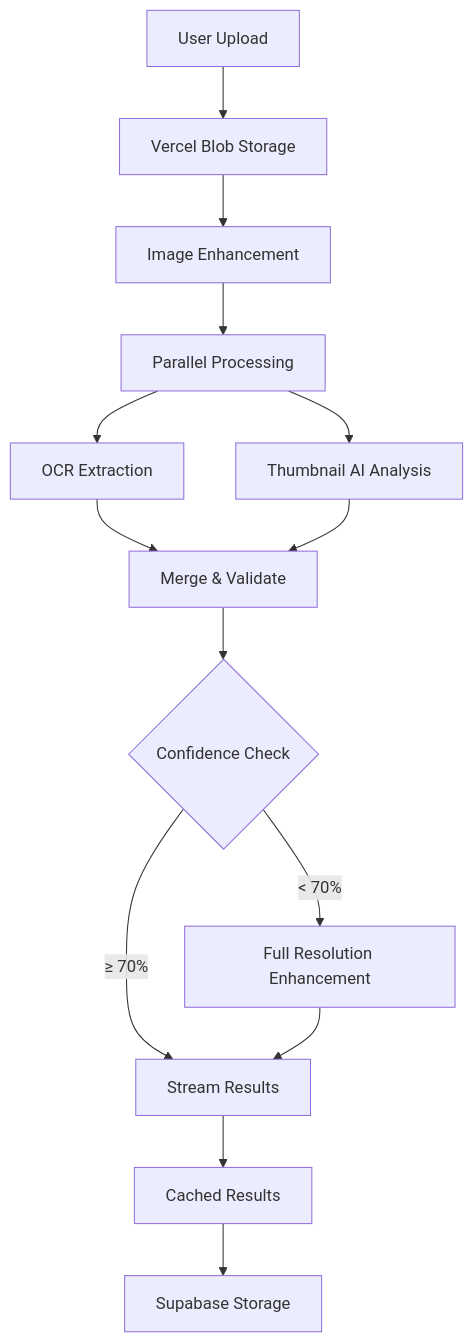
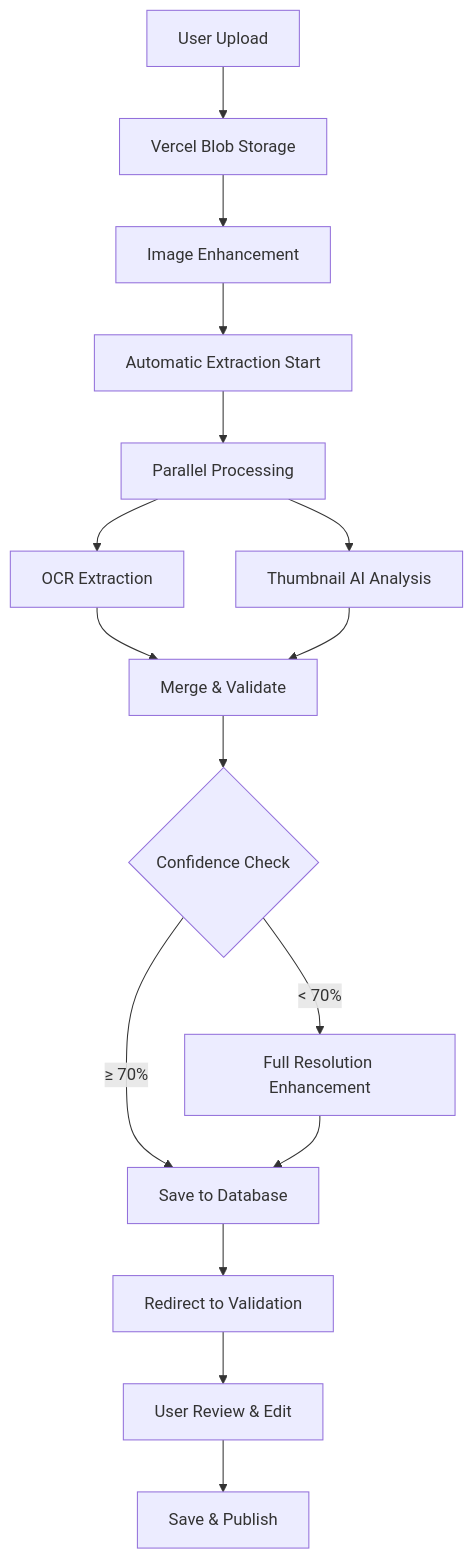
The diagram in docs/development/menuExtract/menuExtract.md (Remedy92/Culi), drawn with Mermaid before and after one commit. The commit also changed other lines of this file and 14 other files, not shown here.

````diff
--- a/docs/development/menuExtract/menuExtract.md
+++ b/docs/development/menuExtract/menuExtract.md
@@ -64,16 +141,18 @@
 ```mermaid
 graph TD
     A[User Upload] --> B[Vercel Blob Storage]
     B --> C[Image Enhancement]
-    C --> D[Parallel Processing]
-    D --> E[OCR Extraction]
-    D --> F[Thumbnail AI Analysis]
-    E --> G[Merge & Validate]
-    F --> G
-    G --> H{Confidence Check}
-    H -->|< 70%| I[Full Resolution Enhancement]
-    H -->|≥ 70%| J[Stream Results]
-    I --> J
-    J --> K[Cached Results]
-    K --> L[Supabase Storage]
+    C --> D[Automatic Extraction Start]
+    D --> E[Parallel Processing]
+    E --> F[OCR Extraction]
+    E --> G[Thumbnail AI Analysis]
+    F --> H[Merge & Validate]
+    G --> H
+    H --> I{Confidence Check}
+    I -->|< 70%| J[Full Resolution Enhancement]
+    I -->|≥ 70%| K[Save to Database]
+    J --> K
+    K --> L[Redirect to Validation]
+    L --> M[User Review & Edit]
+    M --> N[Save & Publish]
 ```
````
